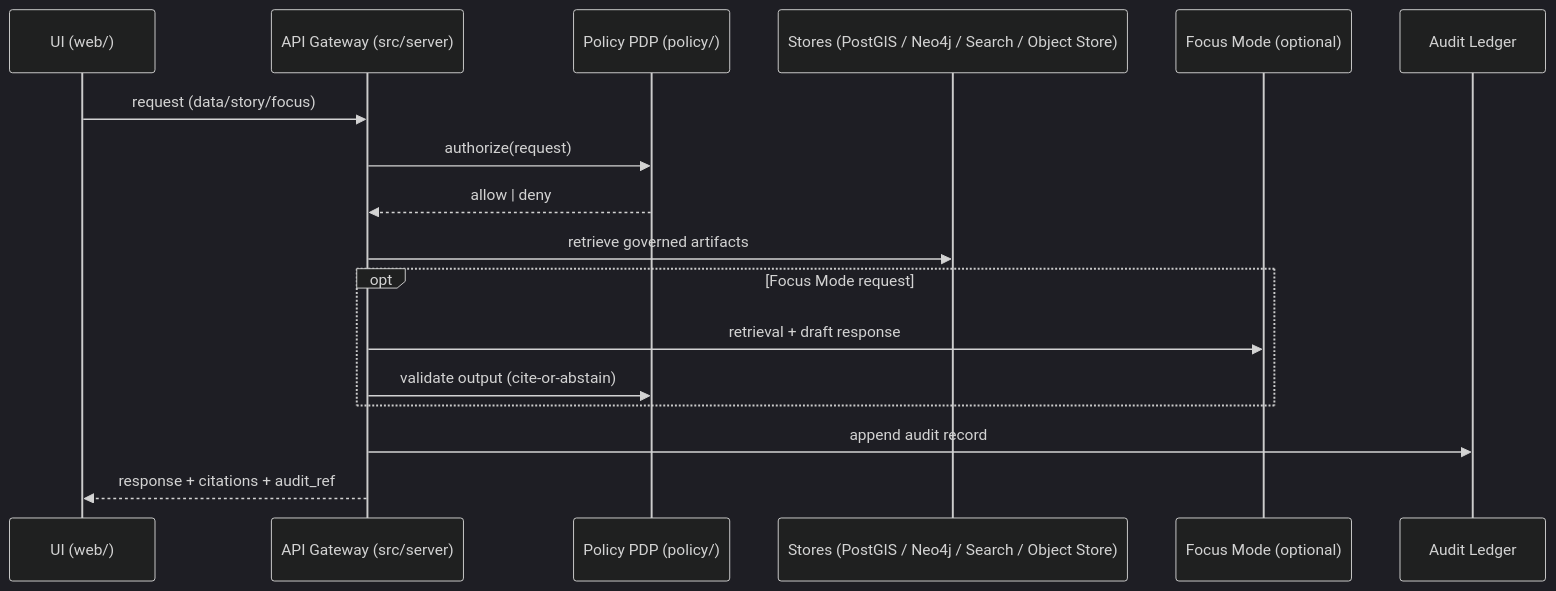
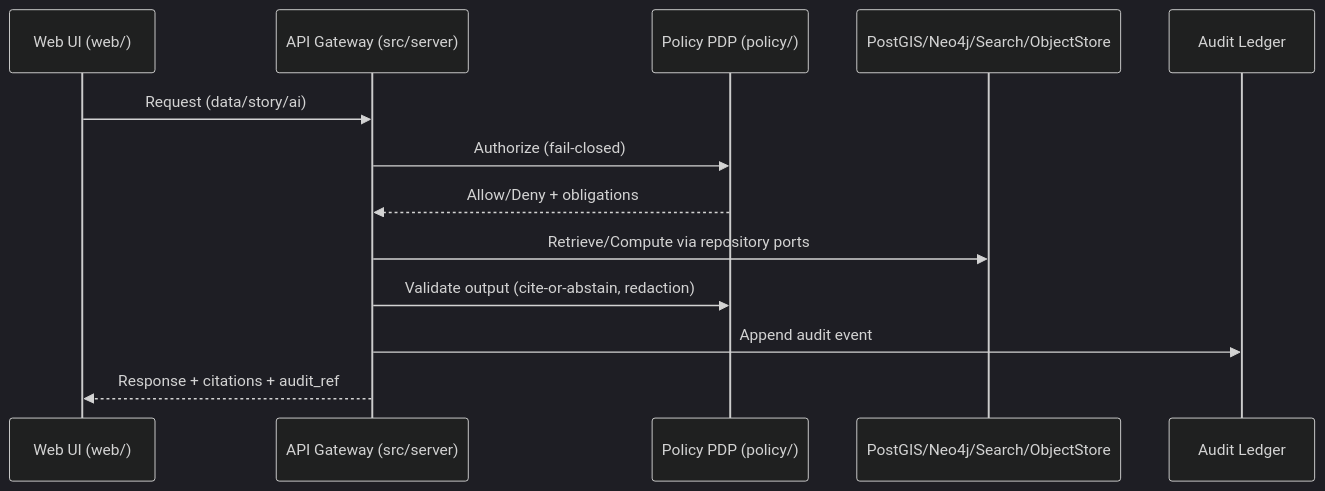
Before and after one commit to bartytime4life/Kansas-Frontier-Matrix: the first of 2 diagrams in src/README.md, drawn with Mermaid (dark theme). The commit also changed other lines of this file, not shown here.

````diff
--- a/src/README.md
+++ b/src/README.md
@@ -72,23 +154,16 @@
 ```mermaid
 sequenceDiagram
-  participant UI as UI (web/)
+  participant UI as Web UI (web/)
   participant API as API Gateway (src/server)
   participant OPA as Policy PDP (policy/)
-  participant Stores as Stores (PostGIS / Neo4j / Search / Object Store)
-  participant Focus as Focus Mode (optional)
-  participant Audit as Audit Ledger
+  participant STORES as PostGIS/Neo4j/Search/ObjectStore
+  participant AUDIT as Audit Ledger
 
-  UI->>API: request (data/story/focus)
-  API->>OPA: authorize(request)
-  OPA-->>API: allow | deny
-
-  API->>Stores: retrieve governed artifacts
-
-  opt Focus Mode request
-    API->>Focus: retrieval + draft response
-    API->>OPA: validate output (cite-or-abstain)
-  end
-
-  API->>Audit: append audit record
-  API-->>UI: response + citations + audit_ref
+  UI->>API: Request (data/story/ai)
+  API->>OPA: Authorize (fail-closed)
+  OPA-->>API: Allow/Deny + obligations
+  API->>STORES: Retrieve/Compute via repository ports
+  API->>OPA: Validate output (cite-or-abstain, redaction)
+  API->>AUDIT: Append audit event
+  API-->>UI: Response + citations + audit_ref
 ```
````
